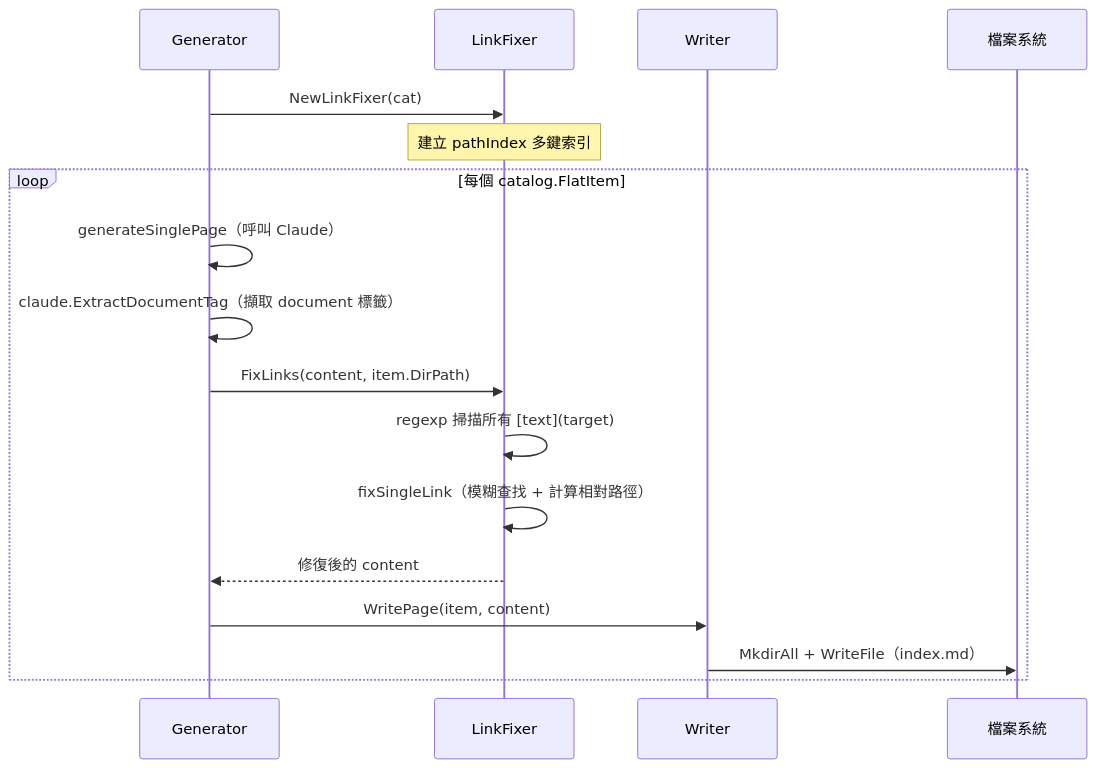
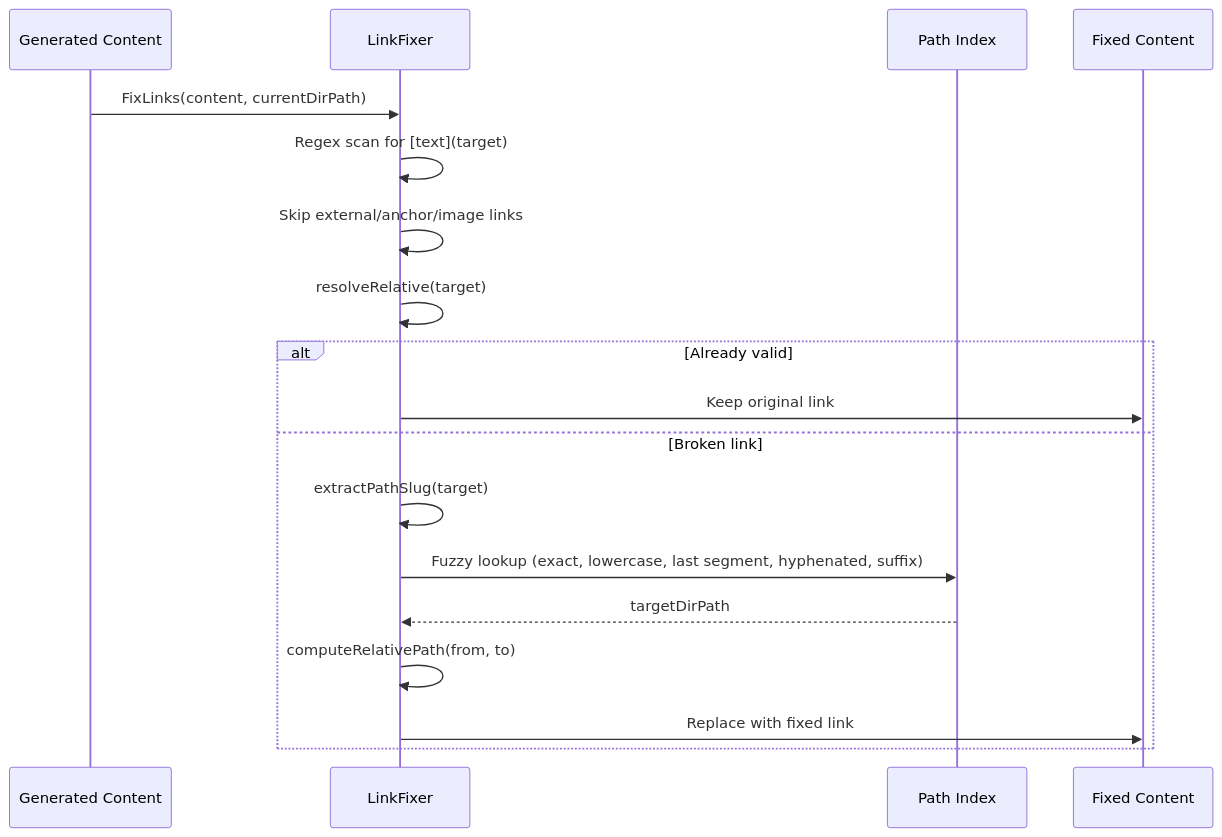
Before and after one commit to monkenWu/selfmd-claude-code: the second of 4 diagrams in docs/core-modules/output-writer/index.md, drawn with Mermaid. The commit also changed other lines of this file and 145 other files, not shown here.

````diff
--- a/docs/core-modules/output-writer/index.md
+++ b/docs/core-modules/output-writer/index.md
@@ -415,21 +151,21 @@
 ```mermaid
 sequenceDiagram
-    participant G as Generator
+    participant Content as Generated Content
     participant LF as LinkFixer
-    participant W as Writer
-    participant FS as 檔案系統
+    participant Index as Path Index
+    participant Result as Fixed Content
 
-    G->>LF: NewLinkFixer(cat)
-    Note over LF: 建立 pathIndex 多鍵索引
-
-    loop 每個 catalog.FlatItem
-        G->>G: generateSinglePage（呼叫 Claude）
-        G->>G: claude.ExtractDocumentTag（擷取 document 標籤）
-        G->>LF: FixLinks(content, item.DirPath)
-        LF->>LF: regexp 掃描所有 [text](target)
-        LF->>LF: fixSingleLink（模糊查找 + 計算相對路徑）
-        LF-->>G: 修復後的 content
-        G->>W: WritePage(item, content)
-        W->>FS: MkdirAll + WriteFile（index.md）
+    Content->>LF: FixLinks(content, currentDirPath)
+    LF->>LF: Regex scan for [text](target)
+    LF->>LF: Skip external/anchor/image links
+    LF->>LF: resolveRelative(target)
+    alt Already valid
+        LF->>Result: Keep original link
+    else Broken link
+        LF->>LF: extractPathSlug(target)
+        LF->>Index: Fuzzy lookup (exact, lowercase, last segment, hyphenated, suffix)
+        Index-->>LF: targetDirPath
+        LF->>LF: computeRelativePath(from, to)
+        LF->>Result: Replace with fixed link
     end
 ```
````
